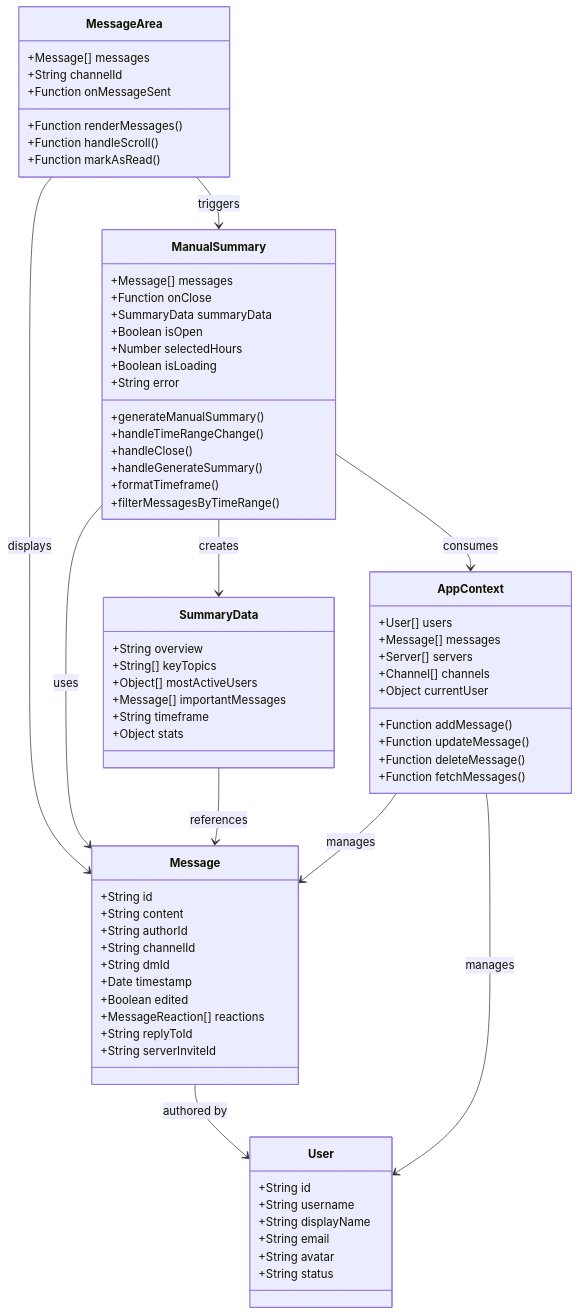
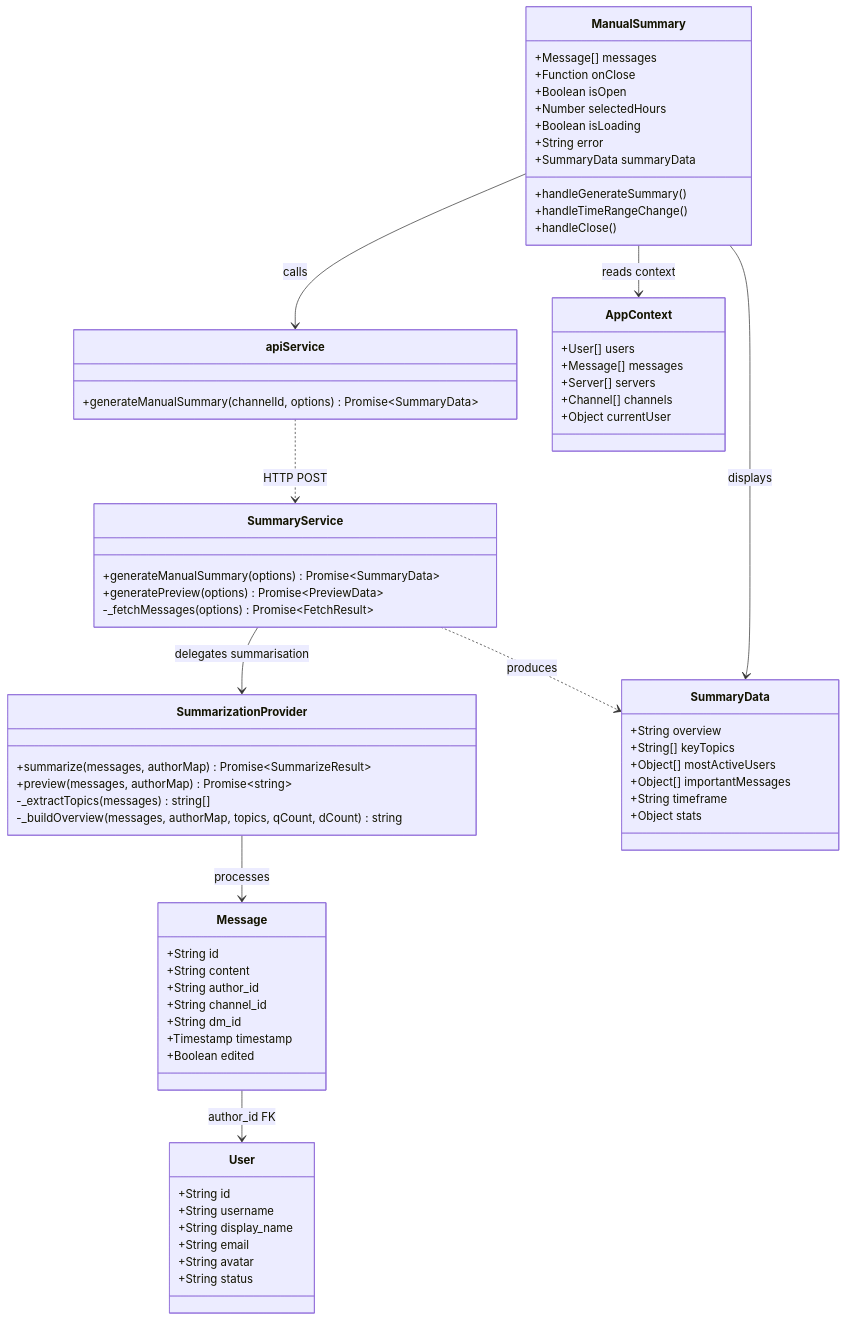
Before and after one commit to LibertyQuinzel/Web-Based-Discord-Clone: the diagram in docs/diagrams/class_diagram.mmd, drawn with Mermaid. The commit also changed 67 other files, not shown here.

Commit message:
P4: Backend implementation with tests, docs, and diagrams

```diff
--- a/docs/diagrams/class_diagram.mmd
+++ b/docs/diagrams/class_diagram.mmd
@@ -1,81 +1,80 @@
 classDiagram
-    %% Manual Summary - Class Diagram (Updated for Actual Codebase)
-    
+    %% Manual Summary (US1) - Full-Stack Class Diagram
+
     class ManualSummary {
         +Message[] messages
         +Function onClose
-        +SummaryData summaryData
         +Boolean isOpen
         +Number selectedHours
         +Boolean isLoading
         +String error
-        +generateManualSummary()
+        +SummaryData summaryData
+        +handleGenerateSummary()
         +handleTimeRangeChange()
         +handleClose()
-        +handleGenerateSummary()
-        +formatTimeframe()
-        +filterMessagesByTimeRange()
     }
 
-    class Message {
-        +String id
-        +String content
-        +String authorId
-        +String channelId
-        +String dmId
-        +Date timestamp
-        +Boolean edited
-        +MessageReaction[] reactions
-        +String replyToId
-        +String serverInviteId
+    class apiService {
+        +generateManualSummary(channelId, options) Promise~SummaryData~
     }
 
-    class User {
-        +String id
-        +String username
-        +String displayName
-        +String email
-        +String avatar
-        +String status
+    class SummaryService {
+        +generateManualSummary(options) Promise~SummaryData~
+        +generatePreview(options) Promise~PreviewData~
+        -_fetchMessages(options) Promise~FetchResult~
+    }
+
+    class SummarizationProvider {
+        +summarize(messages, authorMap) Promise~SummarizeResult~
+        +preview(messages, authorMap) Promise~string~
+        -_extractTopics(messages) string[]
+        -_buildOverview(messages, authorMap, topics, qCount, dCount) string
     }
 
     class SummaryData {
         +String overview
         +String[] keyTopics
         +Object[] mostActiveUsers
-        +Message[] importantMessages
+        +Object[] importantMessages
         +String timeframe
         +Object stats
+    }
+
+    class Message {
+        +String id
+        +String content
+        +String author_id
+        +String channel_id
+        +String dm_id
+        +Timestamp timestamp
+        +Boolean edited
+    }
+
+    class User {
+        +String id
+        +String username
+        +String display_name
+        +String email
+        +String avatar
+        +String status
     }
 
     class AppContext {
         +User[] users
         +Message[] messages
         +Server[] servers
         +Channel[] channels
         +Object currentUser
-        +Function addMessage()
-        +Function updateMessage()
-        +Function deleteMessage()
-        +Function fetchMessages()
     }
 
-    class MessageArea {
-        +Message[] messages
-        +String channelId
-        +Function onMessageSent
-        +Function renderMessages()
-        +Function handleScroll()
-        +Function markAsRead()
-    }
+    %% Frontend relationships
+    ManualSummary --> apiService : calls
+    ManualSummary --> AppContext : reads context
+    ManualSummary --> SummaryData : displays
 
-    %% Relationships based on actual implementation
-    ManualSummary --> Message : uses
-    ManualSummary --> SummaryData : creates
-    ManualSummary --> AppContext : consumes
-    MessageArea --> Message : displays
-    MessageArea --> ManualSummary : triggers
-    AppContext --> Message : manages
-    AppContext --> User : manages
-    SummaryData --> Message : references
-    Message --> User : authored by
+    %% Backend relationships
+    apiService ..> SummaryService : HTTP POST
+    SummaryService --> SummarizationProvider : delegates summarisation
+    SummaryService ..> SummaryData : produces
+    SummarizationProvider --> Message : processes
+    Message --> User : author_id FK
```
